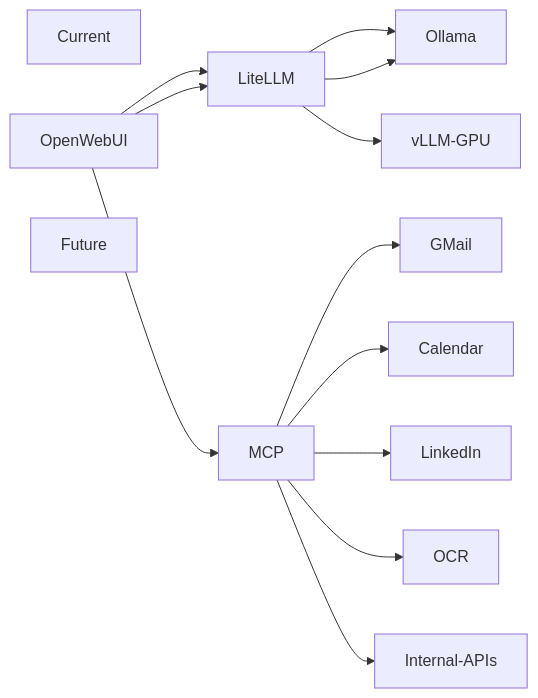
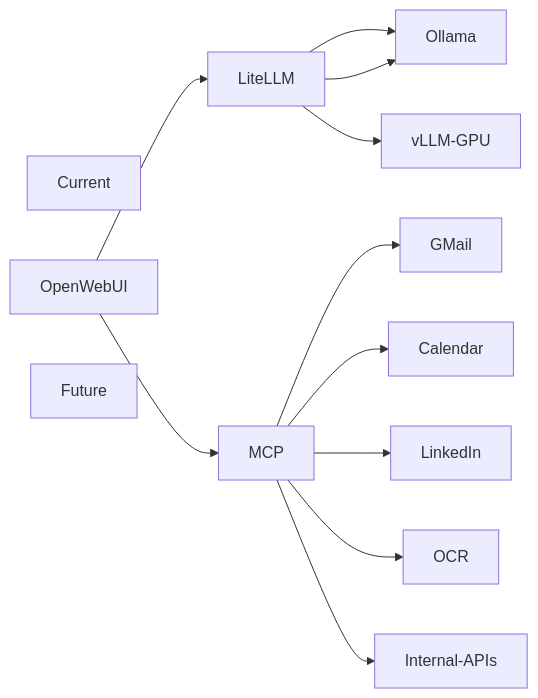
Before and after one commit to AlbanAndrieu/thiga-ai: the fourth of 4 diagrams in docs/02-architecture.md, drawn with Mermaid. The commit also changed 13 other files, not shown here.

Commit message:
📝 (architecture): Update architecture diagram to reflect changes in LiteLLM, Langfuse, and PostgreSQL connections ✨ (architecture): Add new diagrams for Thiga AI Architecture and appendices Improved documentation and visualization of the architecture

````diff
--- a/docs/02-architecture.md
+++ b/docs/02-architecture.md
@@ -290,27 +290,25 @@
 ```mermaid
 flowchart LR
 
 Current
 
 OpenWebUI --> LiteLLM
 LiteLLM --> Ollama
 
 Future
-
-OpenWebUI --> LiteLLM
 
 LiteLLM --> Ollama
 LiteLLM --> vLLM-GPU
 
 OpenWebUI --> MCP
 
 MCP --> GMail
 
 MCP --> Calendar
 
 MCP --> LinkedIn
 
 MCP --> OCR
 
 MCP --> Internal-APIs
 ```
````
